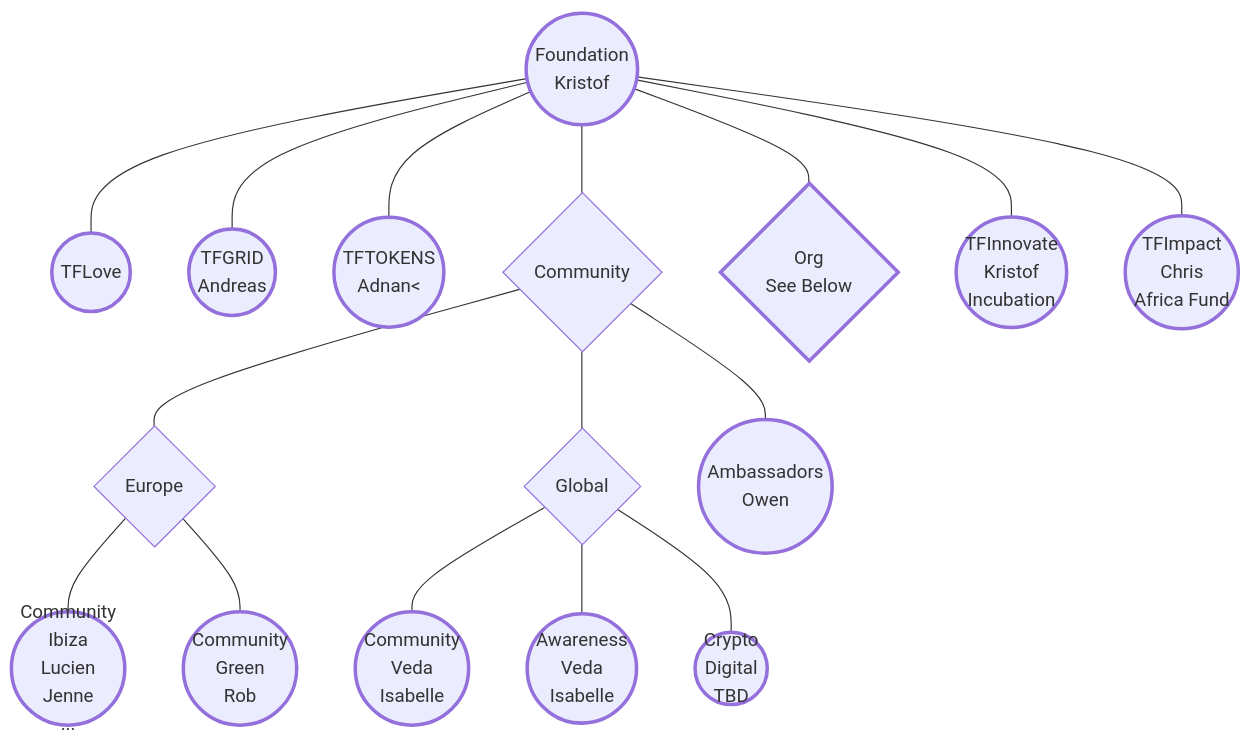
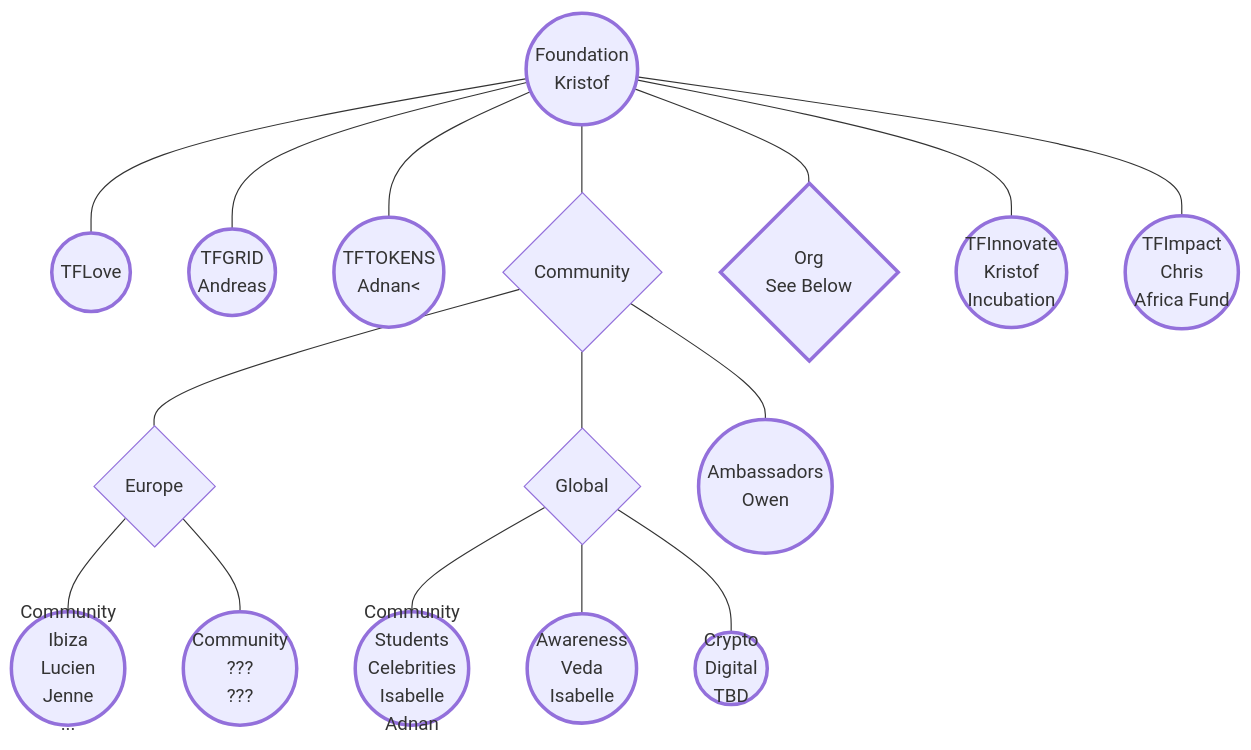
Before and after one commit to xmonader/info_foundation: the first of 2 diagrams in docs/circles/readme.md, drawn with Mermaid.

````diff
--- a/docs/circles/readme.md
+++ b/docs/circles/readme.md
@@ -5,27 +5,27 @@
 ```mermaid
 
 graph TB; 
     Foundation((Foundation<BR>Kristof)) --- TFLove((TFLove))
     Foundation --- TFGRID((TFGRID<br>Andreas))
     Foundation --- TFTOKENS((TFTOKENS<br>Adnan<))
     Foundation --- Community{Community}
     Foundation --- Org{Org<br>See Below}
     Community --- Europe{Europe}
     Community --- Global{Global}
     Foundation --- TFInnovate((TFInnovate<br>Kristof<br>Incubation))
     Foundation --- TFImpact((TFImpact<br>Chris<br>Africa Fund))
 
     Community --- TFAmbassadors((Ambassadors<br>Owen))
     Europe --- CommunityIbiza((Community<br>Ibiza<br>Lucien<br>Jenne<br>...))
-    Europe --- CommunityGreen((Community<br>Green<br>Rob))
-    Global --- CommunityVeda((Community<br>Veda<br>Isabelle))
+    Europe --- CommunityGreen((Community<br>???<br>???))
+    Global --- CommunityVeda((Community<br>Students<br>Celebrities<br>Isabelle<br>Adnan))
     Global --- Veda((Awareness<br>Veda<br>Isabelle))
     Global --- Crypto((Crypto<br>Digital<br>TBD))
 
     classDef circle text-align:center,stroke:#33,stroke-width:3px;  
 
     class Foundation,TFLove,TFGRID,TFTOKENS,TFAmbassadors,TFInnovate,TFImpact,CommunityIbiza,CommunityVeda,CommunityGreen,Veda,Crypto,Org circle;
 
     click TFGRID "/circles/foundation/grid/grid.md"
 
 ```
````
